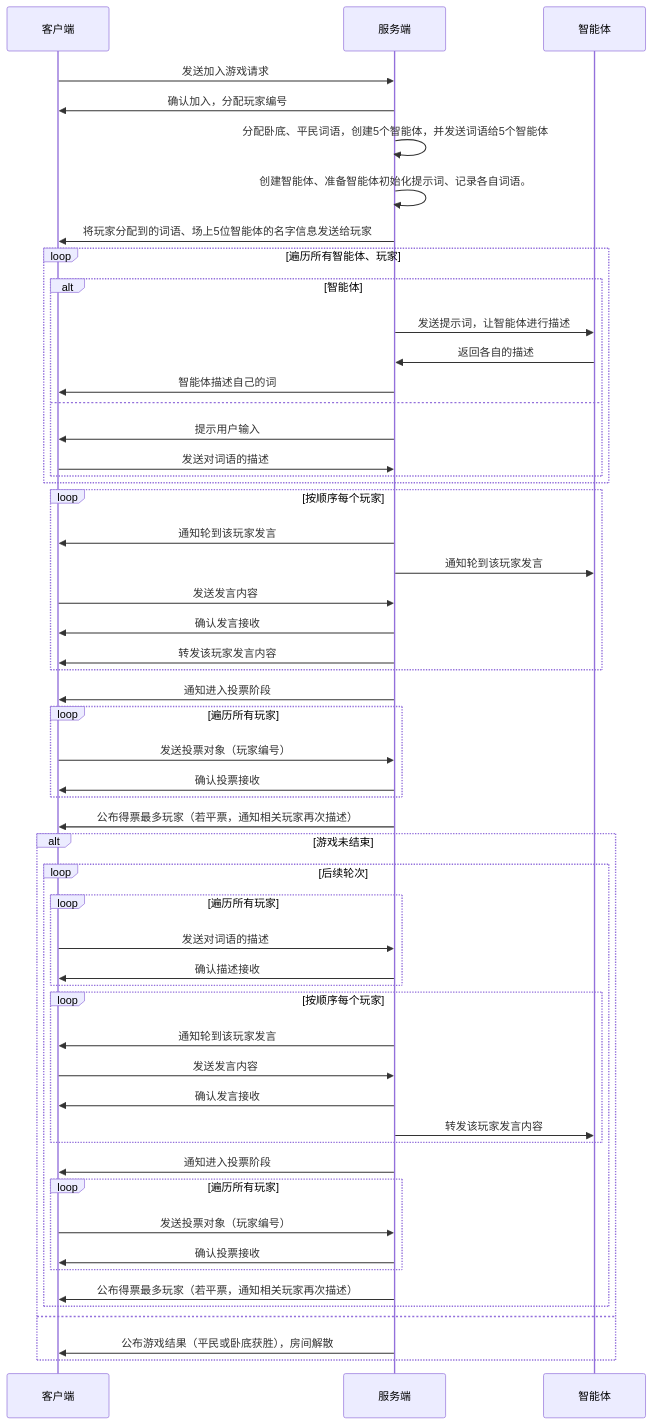
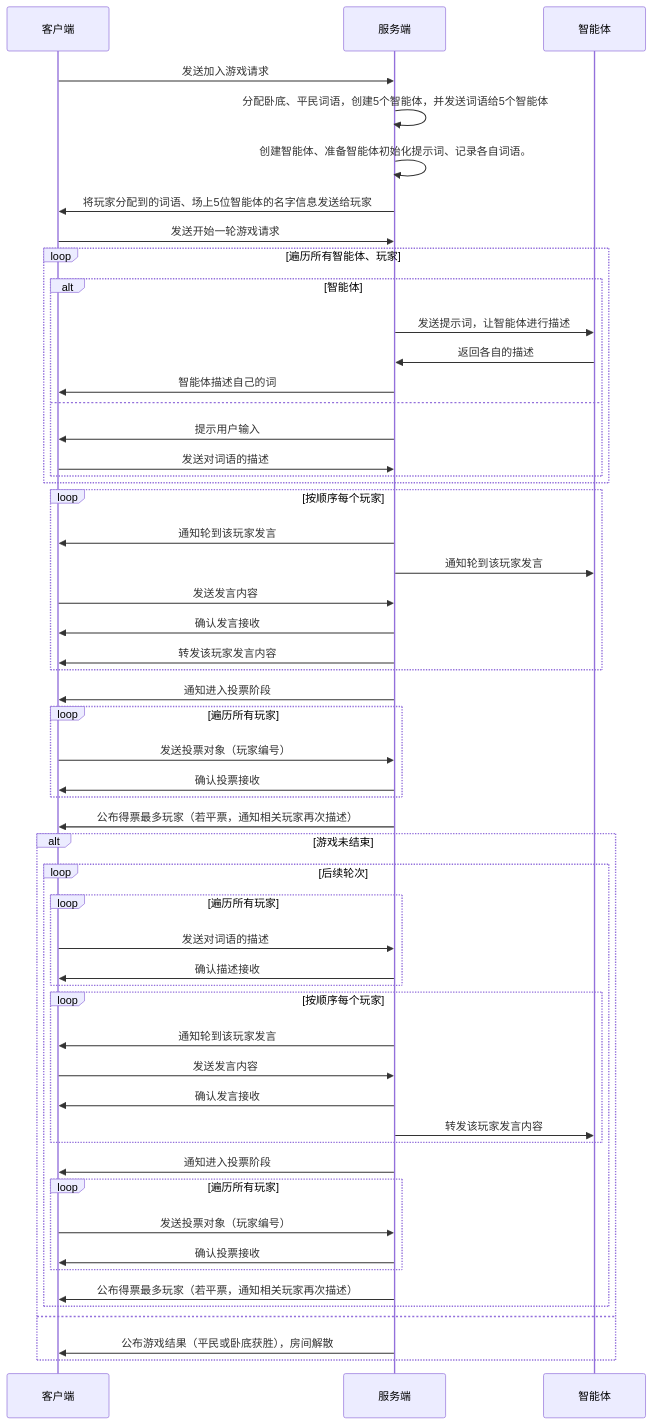
The diagram in README.md (mousebomb/shei-shi-wo-di), drawn with Mermaid before and after one commit. The commit also changed 6 other files, not shown here.

````diff
--- a/README.md
+++ b/README.md
@@ -37,65 +37,65 @@
 ```mermaid
 sequenceDiagram
     participant C as 客户端
     participant S as 服务端
     participant R as 智能体
     %% 游戏准备阶段
     C->>S: 发送加入游戏请求
-    S->>C: 确认加入，分配玩家编号
     S->>S: 分配卧底、平民词语，创建5个智能体，并发送词语给5个智能体
     S->>S: 创建智能体、准备智能体初始化提示词、记录各自词语。
     S->>C: 将玩家分配到的词语、场上5位智能体的名字信息发送给玩家
     %% 首轮描述阶段
+    C->>S: 发送开始一轮游戏请求
     loop 遍历所有智能体、玩家
     	alt 智能体
     		S->>R: 发送提示词，让智能体进行描述
     		R->>S: 返回各自的描述
-				S->>C: 智能体描述自己的词
+            S->>C: 智能体描述自己的词
     	else 
-	      S->>C: 提示用户输入
-  	    C->>S: 发送对词语的描述		
+            S->>C: 提示用户输入
+  	        C->>S: 发送对词语的描述		
     	end
     end
     %% 按顺序发言阶段
     loop 按顺序每个玩家
         S->>C: 通知轮到该玩家发言
         S->>R: 通知轮到该玩家发言
         C->>S: 发送发言内容
         S->>C: 确认发言接收
         S->>C: 转发该玩家发言内容
     end
     %% 投票阶段
     S->>C: 通知进入投票阶段
     loop 遍历所有玩家
         C->>S: 发送投票对象（玩家编号）
         S->>C: 确认投票接收
     end
     S->>C: 公布得票最多玩家（若平票，通知相关玩家再次描述）
     %% 后续轮次
     alt 游戏未结束
         %% 重复描述、发言、投票阶段
         loop 后续轮次
             %% 描述阶段
             loop 遍历所有玩家
                 C->>S: 发送对词语的描述
                 S->>C: 确认描述接收
             end
             %% 按顺序发言阶段
             loop 按顺序每个玩家
                 S->>C: 通知轮到该玩家发言
                 C->>S: 发送发言内容
                 S->>C: 确认发言接收
                 S->>R: 转发该玩家发言内容
             end
             %% 投票阶段
             S->>C: 通知进入投票阶段
             loop 遍历所有玩家
                 C->>S: 发送投票对象（玩家编号）
                 S->>C: 确认投票接收
             end
             S->>C: 公布得票最多玩家（若平票，通知相关玩家再次描述）
         end
     else
         S->>C: 公布游戏结果（平民或卧底获胜），房间解散
     end
 ```
````
